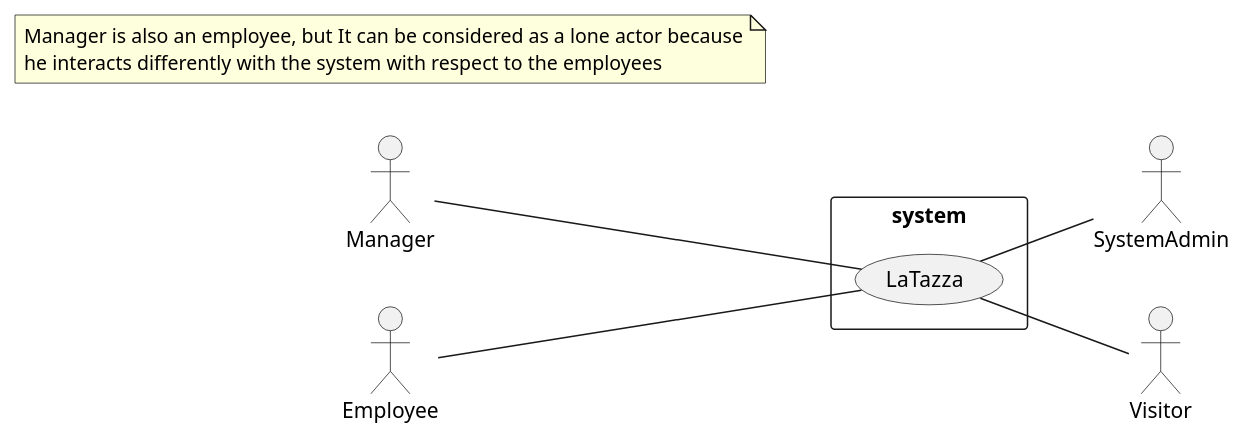
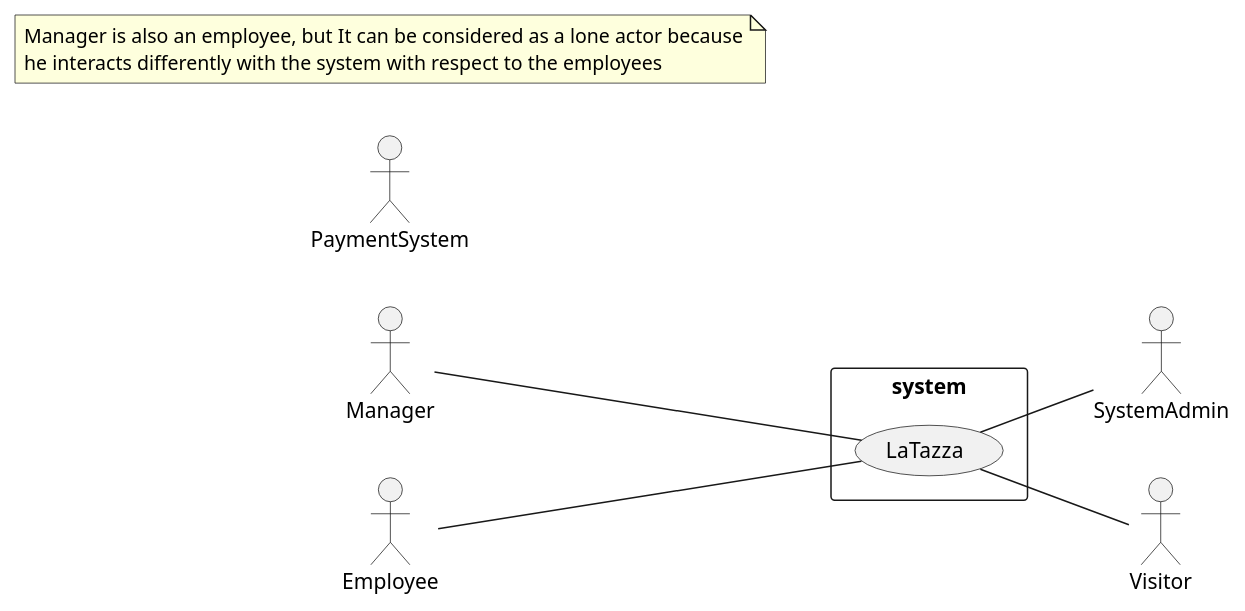
One commit to salvatore-dimartino/LaTazza changed the diagram in project/Context_Diagram_and_Interfaces.md. Above: the diagram before and after it, drawn with PlantUML. The commit also changed other lines of this file, not shown here.

````diff
--- a/project/Context_Diagram_and_Interfaces.md
+++ b/project/Context_Diagram_and_Interfaces.md
@@ -5,25 +5,26 @@
 ```plantuml
 @startuml
 
 left to right direction
 
 skinparam packageStyle rectangle
 
 actor Manager as m
 actor Employee as e
 actor SystemAdmin as sa
 actor Visitor as v
+actor PaymentSystem as ps
 
 rectangle system {
 	(LaTazza) as l
 }
 
 m -- l
 e -- l
 l -- sa
 l -- v 
 
 note "Manager is also an employee, but It can be considered as a lone actor because\nhe interacts differently with the system with respect to the employees" as n
 
 @enduml
 ```
````
